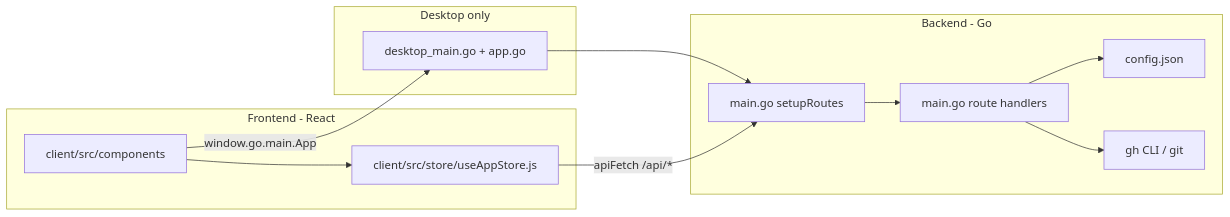
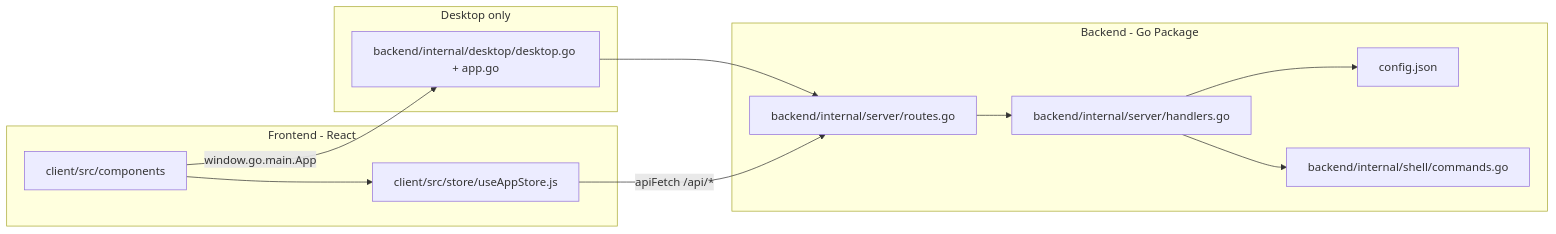
One commit to manas2297/stitch changed the diagram in ARCHITECTURE.md. Above: the diagram before and after it, drawn with Mermaid. The commit also changed other lines of this file and 16 other files, not shown here.

First line of the commit message:
Move backend into backend/ with internal packages

````diff
--- a/ARCHITECTURE.md
+++ b/ARCHITECTURE.md
@@ -19,25 +19,25 @@
 ```mermaid
 flowchart LR
   subgraph frontend [Frontend - React]
     UI[client/src/components]
     Store[client/src/store/useAppStore.js]
     UI --> Store
   end
 
-  subgraph backend [Backend - Go]
-    Routes[main.go setupRoutes]
-    Handlers[main.go route handlers]
+  subgraph backend [Backend - Go Package]
+    Routes[backend/internal/server/routes.go]
+    Handlers[backend/internal/server/handlers.go]
     Config[config.json]
     Routes --> Handlers
     Handlers --> Config
-    Handlers --> GH[gh CLI / git]
+    Handlers --> GH[backend/internal/shell/commands.go]
   end
 
   subgraph desktop [Desktop only]
-    Wails[desktop_main.go + app.go]
+    Wails[backend/internal/desktop/desktop.go + app.go]
     Wails --> Routes
   end
 
   Store -->|apiFetch /api/*| Routes
   UI -->|window.go.main.App| Wails
 ```
````
